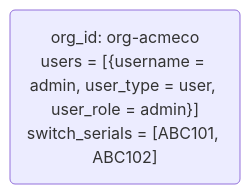
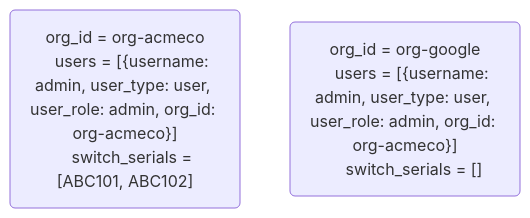
One commit to openconfig/ovgs changed the second of 4 diagrams in docs/service-overview.md. Above: the diagram before and after it, drawn with Mermaid. The commit also changed other lines of this file and 1 other file, not shown here.

Commit message:
Proto changes to add support for cross-org group delegation.

````diff
--- a/docs/service-overview.md
+++ b/docs/service-overview.md
@@ -493,11 +600,18 @@
 ```mermaid
 %%{init: {"flowchart": {"htmlLabels": false}} }%%
 flowchart TB
+  orgBlock("
+    org_id = org-acmeco
+    users = [{username: admin, user_type: user, user_role: admin, org_id: org-acmeco}]
+    switch_serials = [ABC101, ABC102]
+  ")
 
-    orgBlock("org_id: org-acmeco
-users = [{username = admin, user_type = user, user_role = admin}]
-switch_serials = [ABC101, ABC102]
-")
+  orgBlock2("
+    org_id = org-google
+    users = [{username: admin, user_type: user, user_role: admin, org_id: org-acmeco}]
+    switch_serials = []
+  ")
 
-orgBlock
+  orgBlock
+  orgBlock2
 ```
````
